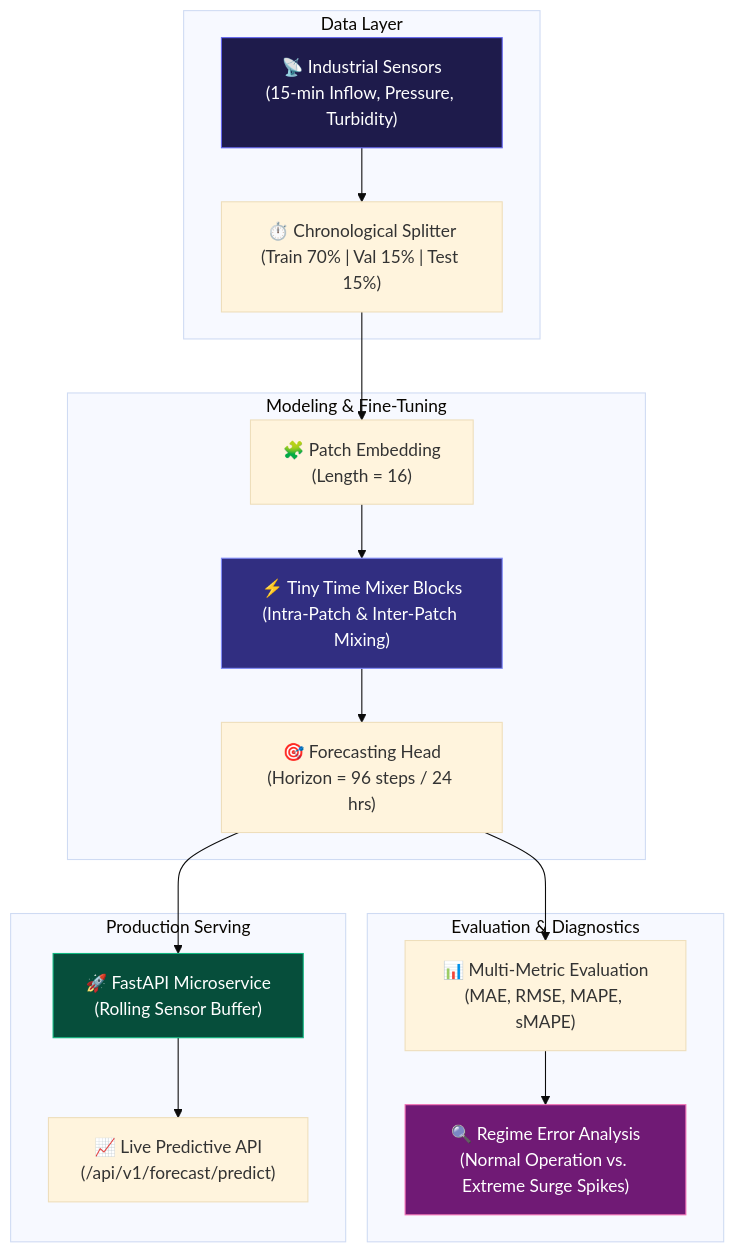
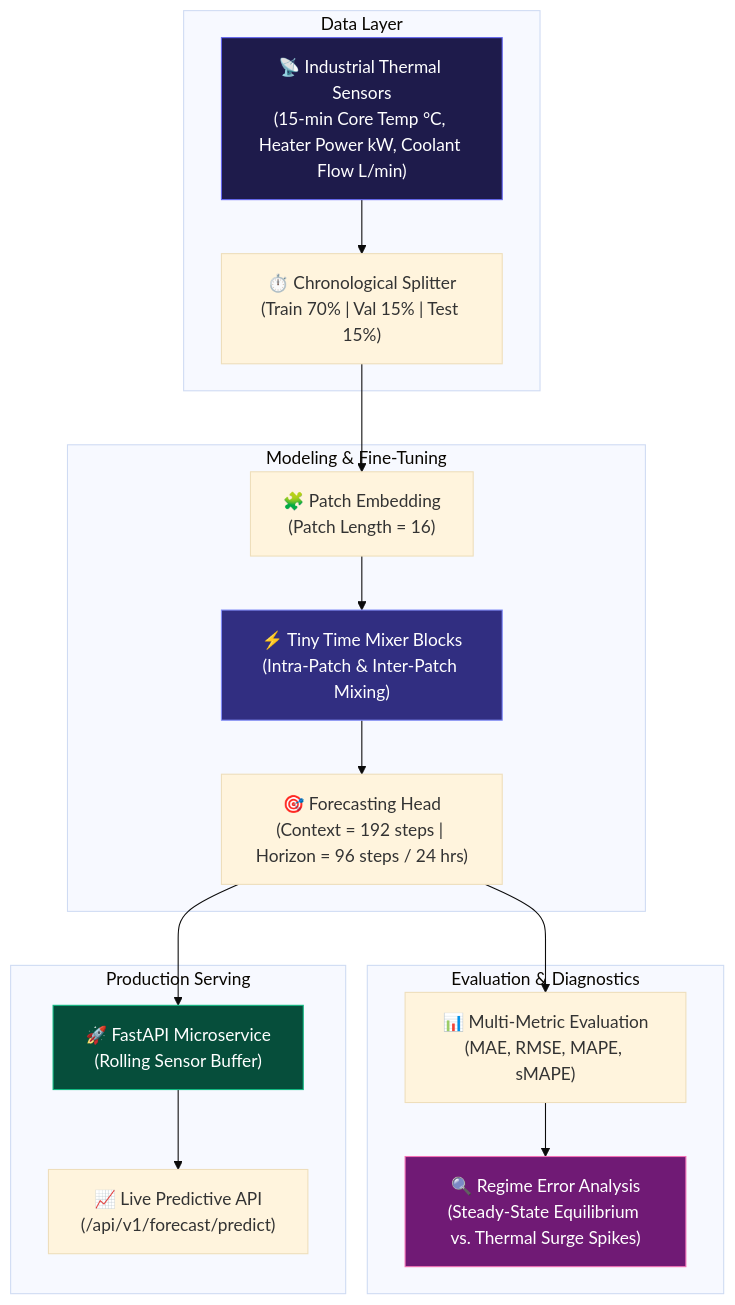
One commit to B-LIPIKA/Industrial-Time-Series-Forecasting-TTM-R3 changed the diagram in README.md. Above: the diagram before and after it, drawn with Mermaid (base theme). The commit also changed other lines of this file and 8 other files, not shown here.

Commit message:
feat: pivot domain to industrial thermal & temperature forecasting with TTM-R3

````diff
--- a/README.md
+++ b/README.md
@@ -27,27 +31,27 @@
 ```mermaid
 flowchart TD
     subgraph Data Layer
-        A["📡 Industrial Sensors<br/>(15-min Inflow, Pressure, Turbidity)"] --> B["⏱️ Chronological Splitter<br/>(Train 70% | Val 15% | Test 15%)"]
+        A["📡 Industrial Thermal Sensors<br/>(15-min Core Temp °C, Heater Power kW, Coolant Flow L/min)"] --> B["⏱️ Chronological Splitter<br/>(Train 70% | Val 15% | Test 15%)"]
     end
 
     subgraph Modeling & Fine-Tuning
-        B --> C["🧩 Patch Embedding<br/>(Length = 16)"]
+        B --> C["🧩 Patch Embedding<br/>(Patch Length = 16)"]
         C --> D["⚡ Tiny Time Mixer Blocks<br/>(Intra-Patch & Inter-Patch Mixing)"]
-        D --> E["🎯 Forecasting Head<br/>(Horizon = 96 steps / 24 hrs)"]
+        D --> E["🎯 Forecasting Head<br/>(Context = 192 steps | Horizon = 96 steps / 24 hrs)"]
     end
 
     subgraph Evaluation & Diagnostics
         E --> F["📊 Multi-Metric Evaluation<br/>(MAE, RMSE, MAPE, sMAPE)"]
-        F --> G["🔍 Regime Error Analysis<br/>(Normal Operation vs. Extreme Surge Spikes)"]
+        F --> G["🔍 Regime Error Analysis<br/>(Steady-State Equilibrium vs. Thermal Surge Spikes)"]
     end
 
     subgraph Production Serving
         E --> H["🚀 FastAPI Microservice<br/>(Rolling Sensor Buffer)"]
         H --> I["📈 Live Predictive API<br/>(/api/v1/forecast/predict)"]
     end
 
     style A fill:#1e1b4b,stroke:#6366f1,color:#fff
     style D fill:#312e81,stroke:#818cf8,color:#fff
     style G fill:#701a75,stroke:#f472b6,color:#fff
     style H fill:#064e3b,stroke:#10b981,color:#fff
 ```
````
